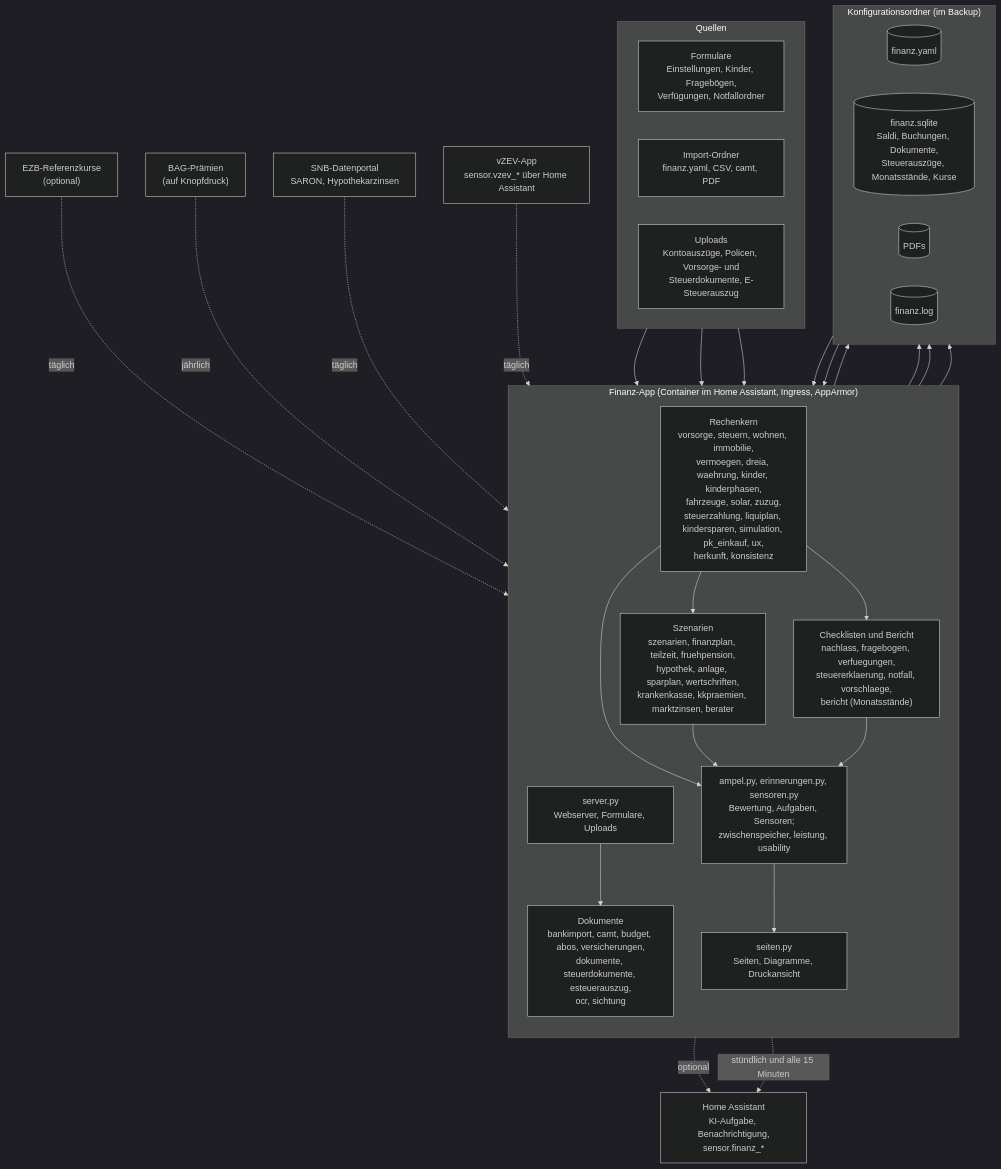
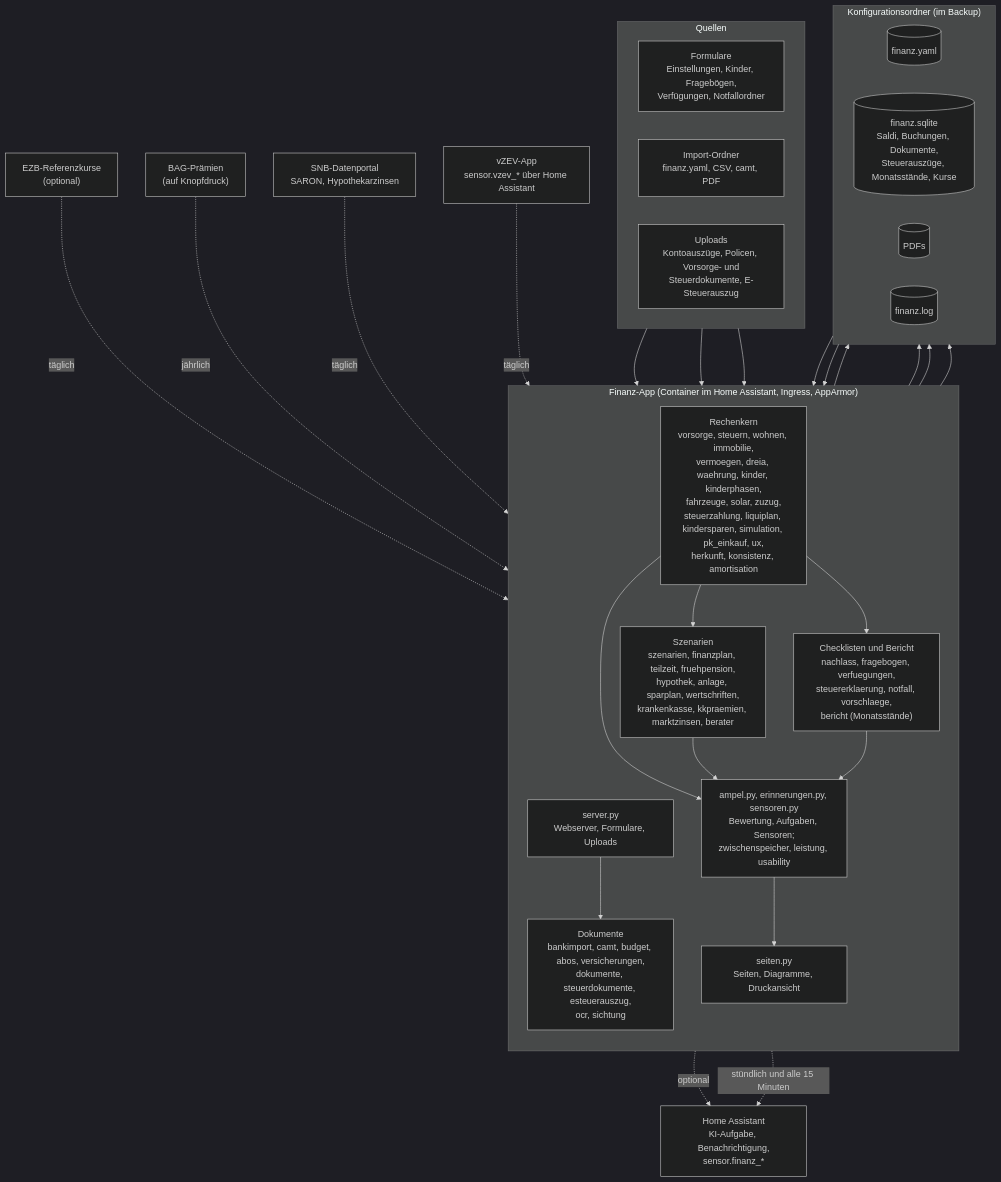
Before and after one commit to khu1985/finanz-ha: the first of 7 diagrams in README.md, drawn with Mermaid (dark theme). The commit also changed other lines of this file and 8 other files, not shown here.

````diff
--- a/README.md
+++ b/README.md
@@ -67,40 +67,40 @@
 ```mermaid
 flowchart TB
     subgraph Quellen
         direction LR
         F["Formulare<br/>Einstellungen, Kinder, Fragebögen,<br/>Verfügungen, Notfallordner"]
         I["Import-Ordner<br/>finanz.yaml, CSV, camt, PDF"]
         U["Uploads<br/>Kontoauszüge, Policen, Vorsorge- und<br/>Steuerdokumente, E-Steuerauszug"]
     end
     subgraph App["Finanz-App (Container im Home Assistant, Ingress, AppArmor)"]
         direction TB
         S["server.py<br/>Webserver, Formulare, Uploads"]
         D["Dokumente<br/>bankimport, camt, budget, abos, versicherungen,<br/>dokumente, steuerdokumente, esteuerauszug,<br/>ocr, sichtung"]
-        K["Rechenkern<br/>vorsorge, steuern, wohnen, immobilie,<br/>vermoegen, dreia, waehrung, kinder, kinderphasen,<br/>fahrzeuge, solar, zuzug,<br/>steuerzahlung, liquiplan, kindersparen, simulation, pk_einkauf, ux,<br/>herkunft, konsistenz"]
+        K["Rechenkern<br/>vorsorge, steuern, wohnen, immobilie,<br/>vermoegen, dreia, waehrung, kinder, kinderphasen,<br/>fahrzeuge, solar, zuzug,<br/>steuerzahlung, liquiplan, kindersparen, simulation, pk_einkauf, ux,<br/>herkunft, konsistenz, amortisation"]
         Z["Szenarien<br/>szenarien, finanzplan, teilzeit, fruehpension,<br/>hypothek, anlage, sparplan, wertschriften,<br/>krankenkasse, kkpraemien, marktzinsen, berater"]
         C["Checklisten und Bericht<br/>nachlass, fragebogen, verfuegungen,<br/>steuererklaerung, notfall, vorschlaege,<br/>bericht (Monatsstände)"]
         A["ampel.py, erinnerungen.py, sensoren.py<br/>Bewertung, Aufgaben, Sensoren;<br/>zwischenspeicher, leistung, usability"]
         SE["seiten.py<br/>Seiten, Diagramme, Druckansicht"]
     end
     subgraph Daten["Konfigurationsordner (im Backup)"]
         direction LR
         Y[("finanz.yaml")]
         DB[("finanz.sqlite<br/>Saldi, Buchungen, Dokumente,<br/>Steuerauszüge, Monatsstände, Kurse")]
         P[("PDFs")]
         L[("finanz.log")]
     end
     HA["Home Assistant<br/>KI-Aufgabe, Benachrichtigung,<br/>sensor.finanz_*"]
     F & I & U --> S
     S --> D --> DB & P
     S --> Y
     Y & DB --> K --> Z
     K --> C
     K & Z & C --> A --> SE
     Z -. optional .-> HA
     EZB["EZB-Referenzkurse<br/>(optional)"] -. täglich .-> K
     BAG["BAG-Prämien<br/>(auf Knopfdruck)"] -. jährlich .-> Z
     SNB["SNB-Datenportal<br/>SARON, Hypothekarzinsen"] -. täglich .-> Z
     A -. stündlich und alle 15 Minuten .-> HA
     VZ["vZEV-App<br/>sensor.vzev_* über Home Assistant"] -. täglich .-> K
     S --> L
 ```
````
